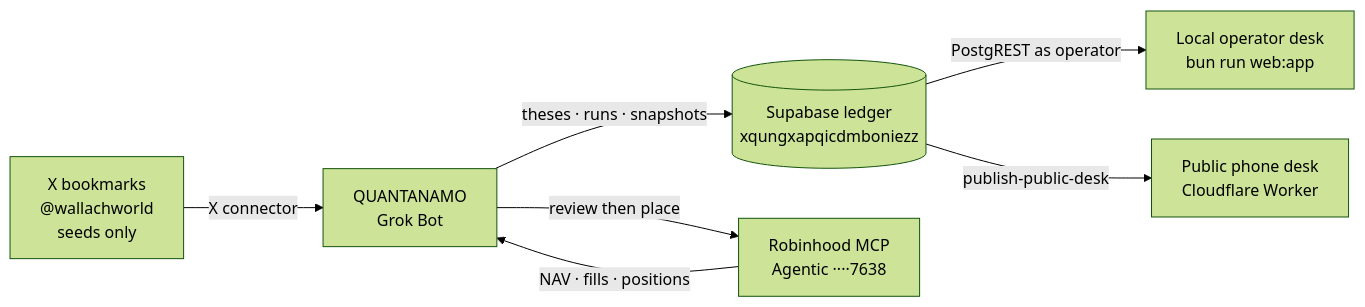
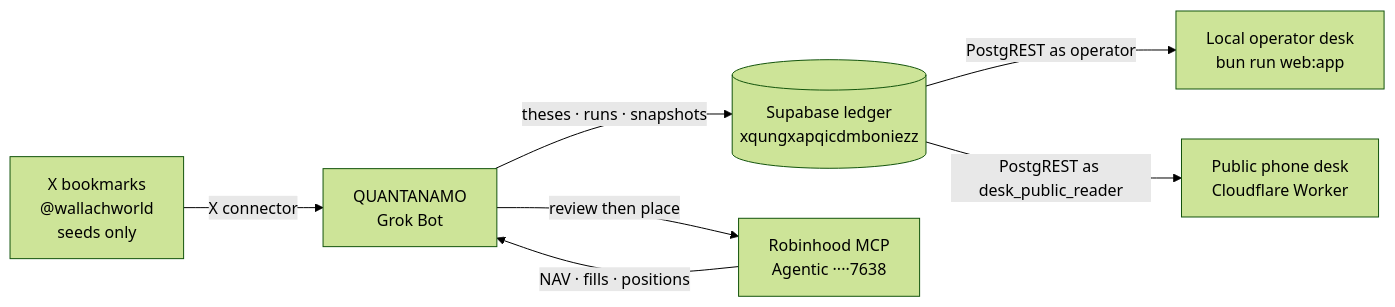
One commit to dwallach1/grasshopper changed the first of 2 diagrams in README.md. Above: the diagram before and after it, drawn with Mermaid (forest theme). The commit also changed other lines of this file and 33 other files, not shown here.

Commit message:
Live public phone desk — ledger only, no publish/KV (#39)

````diff
--- a/README.md
+++ b/README.md
@@ -30,16 +30,16 @@
 ```mermaid
 flowchart LR
   X["X bookmarks<br/>@wallachworld<br/>seeds only"]
   G["QUANTANAMO<br/>Grok Bot"]
   L[("Supabase ledger<br/>xqungxapqicdmboniezz")]
   D["Local operator desk<br/>bun run web:app"]
   P["Public phone desk<br/>Cloudflare Worker"]
   R["Robinhood MCP<br/>Agentic ····7638"]
 
   X -->|X connector| G
   G -->|theses · runs · snapshots| L
   L -->|PostgREST as operator| D
-  L -->|publish-public-desk| P
+  L -->|PostgREST as desk_public_reader| P
   G -->|review then place| R
   R -->|NAV · fills · positions| G
 ```
````
